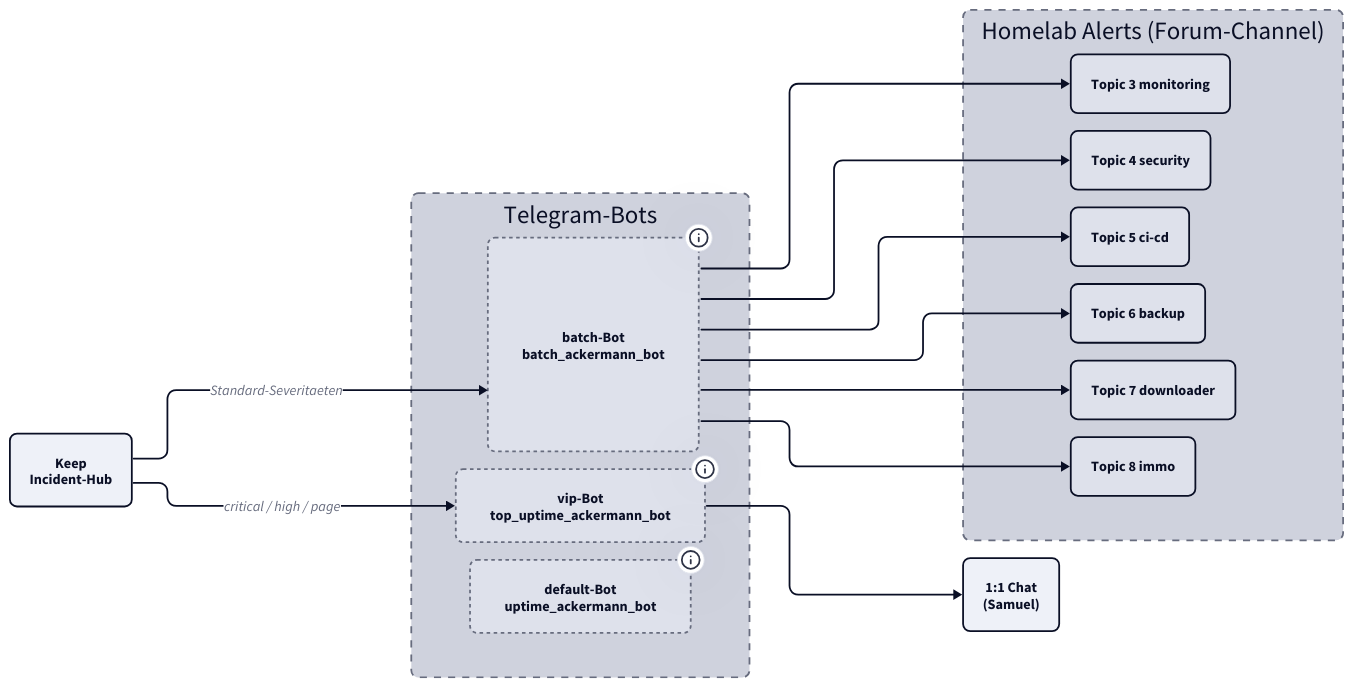
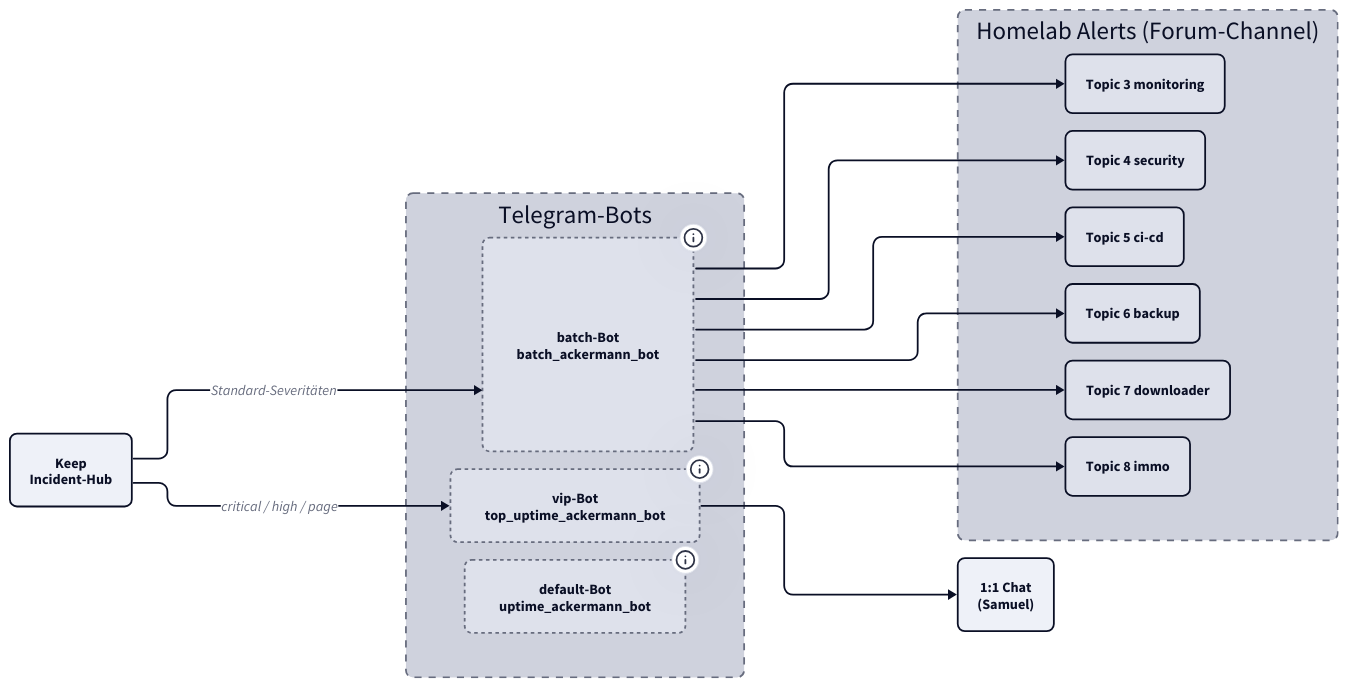
One commit to derever-labs/homelab-wiki changed the diagram in docs/monitoring/telegram-bots.md. Above: the diagram before and after it, drawn with D2. The commit also changed other lines of this file and 109 other files, not shown here.

````diff
--- a/docs/monitoring/telegram-bots.md
+++ b/docs/monitoring/telegram-bots.md
@@ -19,57 +19,57 @@
 ```d2
 direction: right
 
 vars: {
   d2-config: {
     theme-id: 1
     layout-engine: elk
   }
 }
 
 classes: {
   svc: { style: { border-radius: 8 } }
   agent: { style: { border-radius: 8; stroke-dash: 2 } }
   container: { style: { border-radius: 8; stroke-dash: 4 } }
   sink: { style: { border-radius: 8 } }
 }
 
 keep: Keep\nIncident-Hub { class: svc }
 
 bots: Telegram-Bots {
   class: container
   batch: batch-Bot\nbatch_ackermann_bot {
     class: agent
     tooltip: "Standard-Schiene; postet in Forum-Topics"
   }
   vip: vip-Bot\ntop_uptime_ackermann_bot {
     class: agent
     tooltip: "Critical-Eskalation; postet im 1:1-Chat"
   }
   default: default-Bot\nuptime_ackermann_bot {
     class: agent
-    tooltip: "Legacy fuer ad-hoc; nicht im Keep-Routing"
+    tooltip: "Legacy für ad-hoc; nicht im Keep-Routing"
   }
 }
 
 forum: Homelab Alerts (Forum-Channel) {
   class: container
   monitoring: Topic 3 monitoring { class: sink }
   security: Topic 4 security { class: sink }
   cicd: Topic 5 ci-cd { class: sink }
   backup: Topic 6 backup { class: sink }
   downloader: Topic 7 downloader { class: sink }
   immo: Topic 8 immo { class: sink }
 }
 
 vipchat: 1:1 Chat\n(Samuel) { class: sink }
 
-keep -> bots.batch: "Standard-Severitaeten"
+keep -> bots.batch: "Standard-Severitäten"
 keep -> bots.vip: "critical / high / page"
 bots.batch -> forum.monitoring
 bots.batch -> forum.security
 bots.batch -> forum.cicd
 bots.batch -> forum.backup
 bots.batch -> forum.downloader
 bots.batch -> forum.immo
 bots.vip -> vipchat
 ```
````
